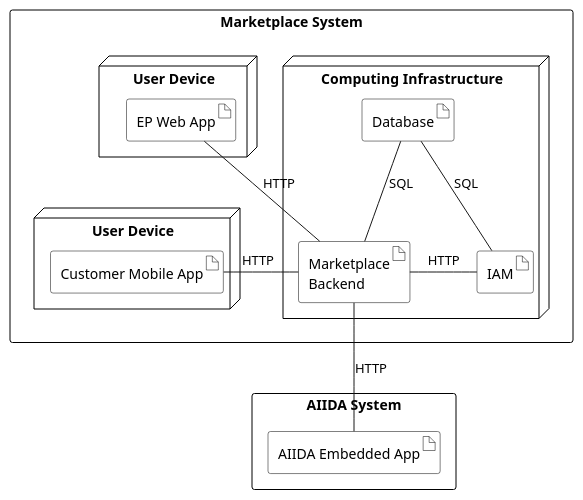
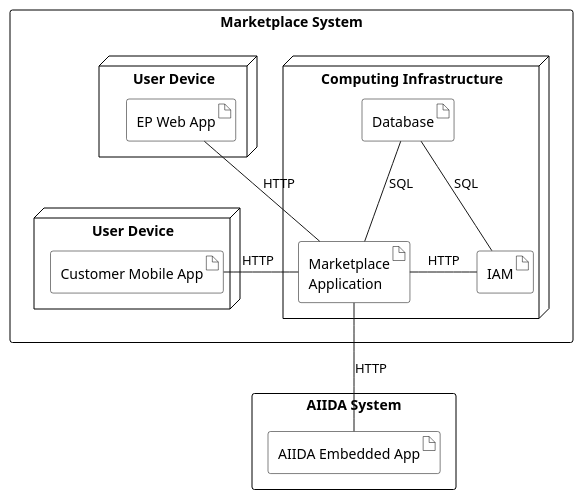
Before and after one commit to eddie-energy/architecture: the diagram in arc42/marketplace/deployment-view/figures/deployment-diagram-option-1.puml, drawn with PlantUML. The commit also changed 17 other files, not shown here.

Commit message:
Part of #82: renamed Marketplace Backend to Marketplace Application. Updated workflows in Runtime View.

```diff
--- a/arc42/marketplace/deployment-view/figures/deployment-diagram-option-1.puml
+++ b/arc42/marketplace/deployment-view/figures/deployment-diagram-option-1.puml
@@ -1,48 +1,48 @@
 @startuml deployment-diagram-marketplace
 
 ' skinparam linetype ortho
 skinparam artifact{
   BorderColor black
   BackgroundColor transparent
 }
 skinparam rectangle{
   BorderColor black
   BackgroundColor transparent
 }
 skinparam node{
   BorderColor black
   BackgroundColor transparent
 }
 
 rectangle "Marketplace System" {
   node "Computing Infrastructure" as local {    
-    artifact "Marketplace\nBackend" as marketplace
+    artifact "Marketplace\nApplication" as marketplace
     artifact "Database" as database
     artifact "IAM" as iam
 
     database -down- marketplace : SQL
     marketplace -right- iam : HTTP
     database -right- iam : SQL
   }
 node "User Device" as cust {
     artifact "Customer Mobile App" as customer
 }
 node "User Device" as elpa {
     artifact "EP Web App" as ep
 }
 ep -down[hidden]- customer
 }
 
 rectangle "AIIDA System" {
   artifact "AIIDA Embedded App" as aiida
 }
 
 
 ep -right- marketplace : HTTP
 customer -right- marketplace : "HTTP  "
 
 marketplace -down- aiida : HTTP
 
 
   
 @enduml
```
